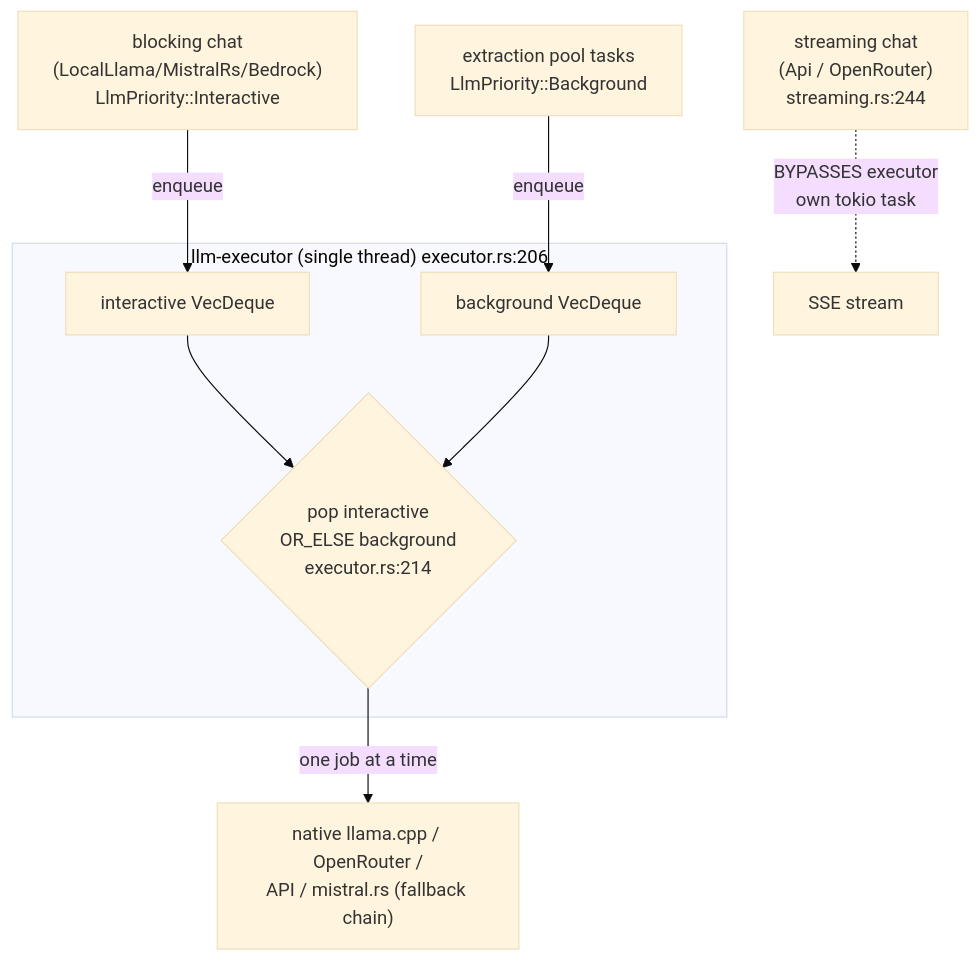
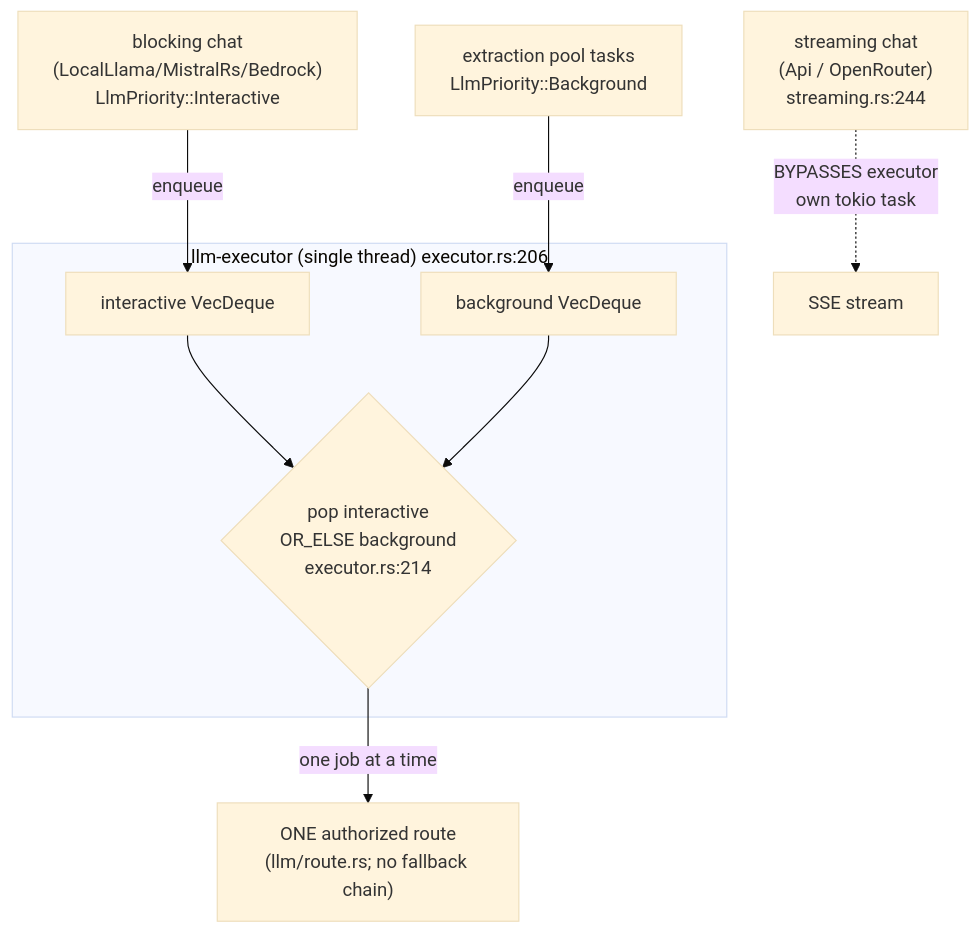
The ninth of 13 diagrams in docs/DATA_FLOW.md (Codeseys-Labs/audio-graph), drawn with Mermaid (base theme) before and after one commit. The commit also changed 26 other files, not shown here.

````diff
--- a/docs/DATA_FLOW.md
+++ b/docs/DATA_FLOW.md
@@ -599,15 +599,15 @@
 ```mermaid
 flowchart TD
     EXTRACT["extraction pool tasks<br/>LlmPriority::Background"] -->|enqueue| BQ
     CHATBLK["blocking chat<br/>(LocalLlama/MistralRs/Bedrock)<br/>LlmPriority::Interactive"] -->|enqueue| IQ
     subgraph EXEC["llm-executor (single thread)  executor.rs:206"]
         IQ["interactive VecDeque"]
         BQ["background VecDeque"]
         WORKER{"pop interactive<br/>OR_ELSE background<br/>executor.rs:214"}
         IQ --> WORKER
         BQ --> WORKER
     end
-    WORKER -->|"one job at a time"| BACKENDS["native llama.cpp / OpenRouter /<br/>API / mistral.rs (fallback chain)"]
+    WORKER -->|"one job at a time"| BACKENDS["ONE authorized route<br/>(llm/route.rs; no fallback chain)"]
 
     CHATSTREAM["streaming chat<br/>(Api / OpenRouter)<br/>streaming.rs:244"] -.->|"BYPASSES executor<br/>own tokio task"| SSE["SSE stream"]
 ```
````
